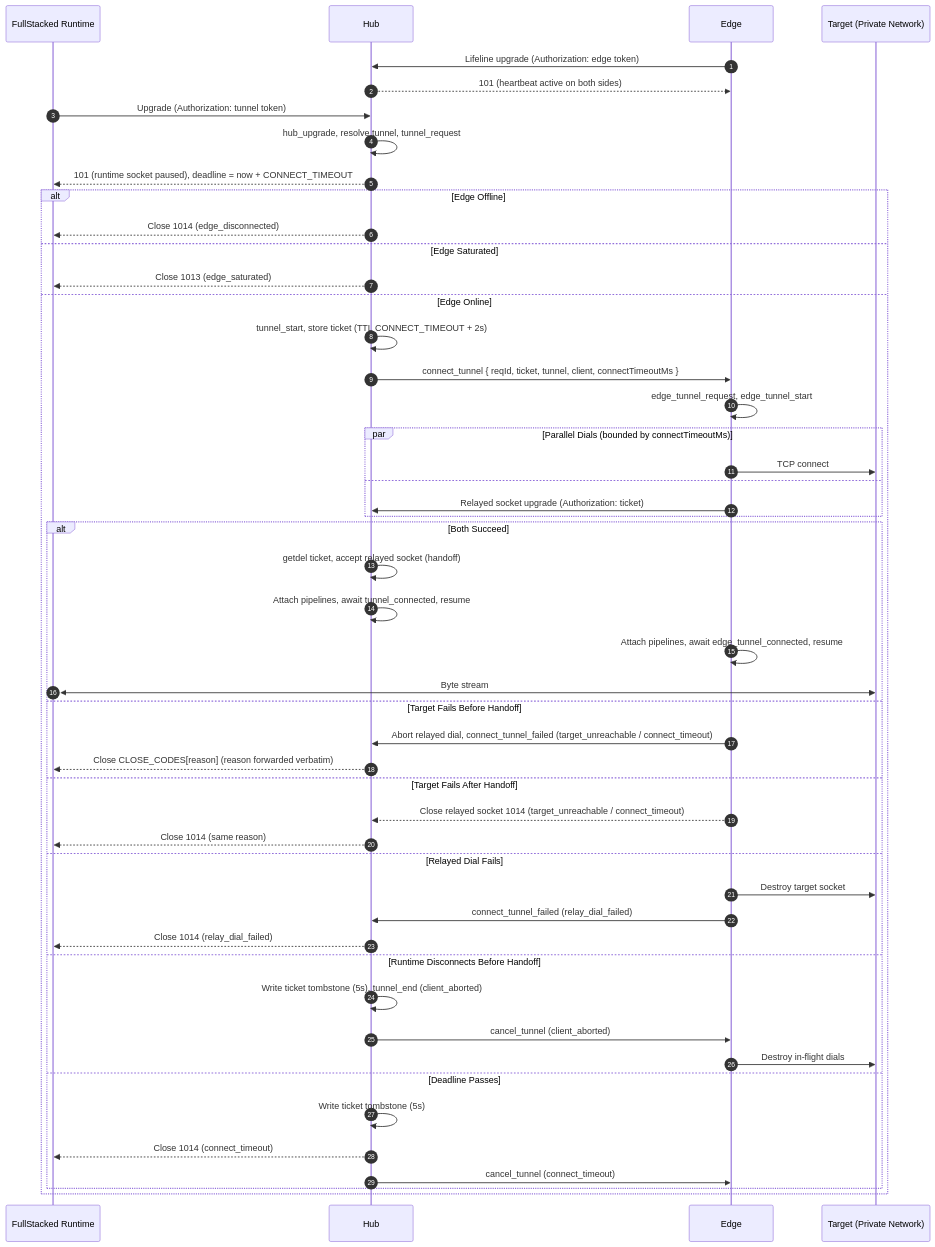
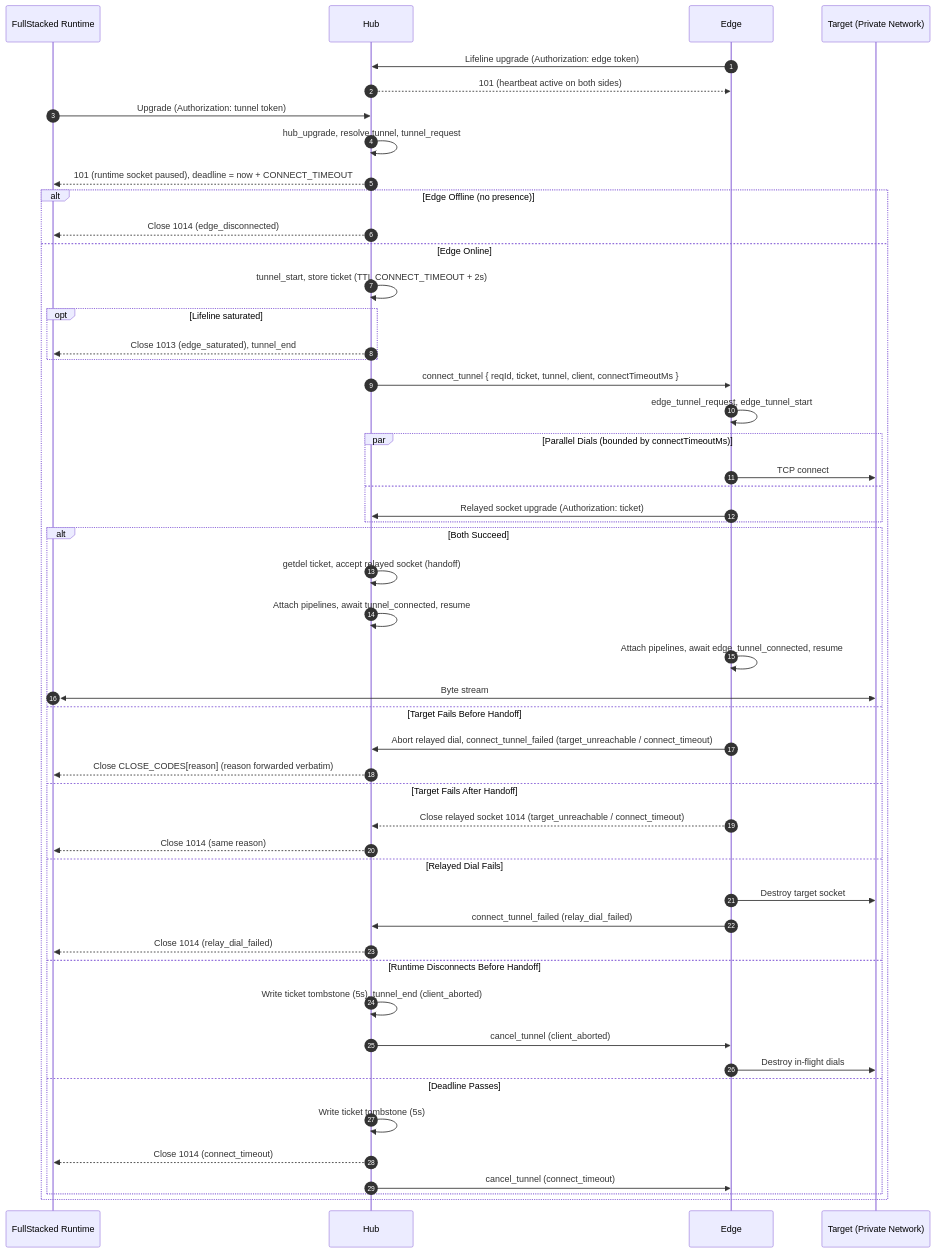
One commit to fullstackedorg/tunnels changed the third of 3 diagrams in docs/1-concepts/architecture.md. Above: the diagram before and after it, drawn with Mermaid. The commit also changed 70 other files, not shown here.

First line of the commit message:
Align docs, tests and code across Hub, Edge and REST API

````diff
--- a/docs/1-concepts/architecture.md
+++ b/docs/1-concepts/architecture.md
@@ -96,53 +96,54 @@
 ```mermaid
 sequenceDiagram
     autonumber
     participant Runtime as FullStacked Runtime
     participant Hub as Hub
     participant Edge as Edge
     participant Target as Target (Private Network)
 
     Edge->>Hub: Lifeline upgrade (Authorization: edge token)
     Hub-->>Edge: 101 (heartbeat active on both sides)
 
     Runtime->>Hub: Upgrade (Authorization: tunnel token)
     Hub->>Hub: hub_upgrade, resolve tunnel, tunnel_request
     Hub-->>Runtime: 101 (runtime socket paused), deadline = now + CONNECT_TIMEOUT
-    alt Edge Offline
+    alt Edge Offline (no presence)
         Hub-->>Runtime: Close 1014 (edge_disconnected)
-    else Edge Saturated
-        Hub-->>Runtime: Close 1013 (edge_saturated)
     else Edge Online
         Hub->>Hub: tunnel_start, store ticket (TTL CONNECT_TIMEOUT + 2s)
+        opt Lifeline saturated
+            Hub-->>Runtime: Close 1013 (edge_saturated), tunnel_end
+        end
         Hub->>Edge: connect_tunnel { reqId, ticket, tunnel, client, connectTimeoutMs }
         Edge->>Edge: edge_tunnel_request, edge_tunnel_start
         par Parallel Dials (bounded by connectTimeoutMs)
             Edge->>Target: TCP connect
         and
             Edge->>Hub: Relayed socket upgrade (Authorization: ticket)
         end
         alt Both Succeed
             Hub->>Hub: getdel ticket, accept relayed socket (handoff)
             Hub->>Hub: Attach pipelines, await tunnel_connected, resume
             Edge->>Edge: Attach pipelines, await edge_tunnel_connected, resume
             Runtime<<->>Target: Byte stream
         else Target Fails Before Handoff
             Edge->>Hub: Abort relayed dial, connect_tunnel_failed (target_unreachable / connect_timeout)
             Hub-->>Runtime: Close CLOSE_CODES[reason] (reason forwarded verbatim)
         else Target Fails After Handoff
             Edge-->>Hub: Close relayed socket 1014 (target_unreachable / connect_timeout)
             Hub-->>Runtime: Close 1014 (same reason)
         else Relayed Dial Fails
             Edge->>Target: Destroy target socket
             Edge->>Hub: connect_tunnel_failed (relay_dial_failed)
             Hub-->>Runtime: Close 1014 (relay_dial_failed)
         else Runtime Disconnects Before Handoff
             Hub->>Hub: Write ticket tombstone (5s), tunnel_end (client_aborted)
             Hub->>Edge: cancel_tunnel (client_aborted)
             Edge->>Target: Destroy in-flight dials
         else Deadline Passes
             Hub->>Hub: Write ticket tombstone (5s)
             Hub-->>Runtime: Close 1014 (connect_timeout)
             Hub->>Edge: cancel_tunnel (connect_timeout)
         end
     end
 ```
````
